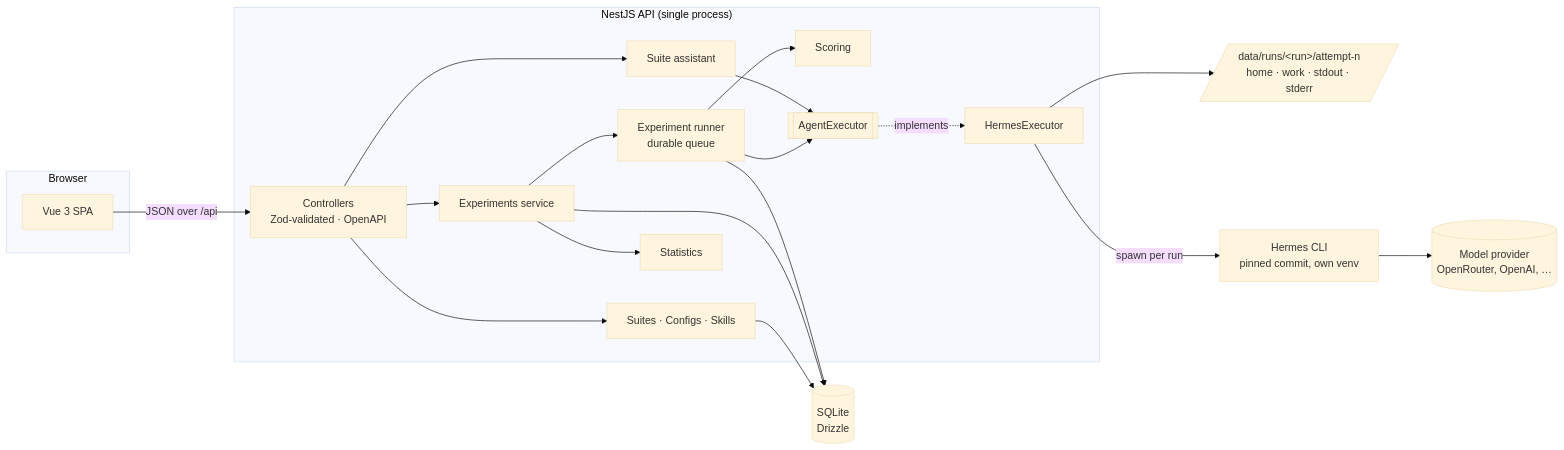
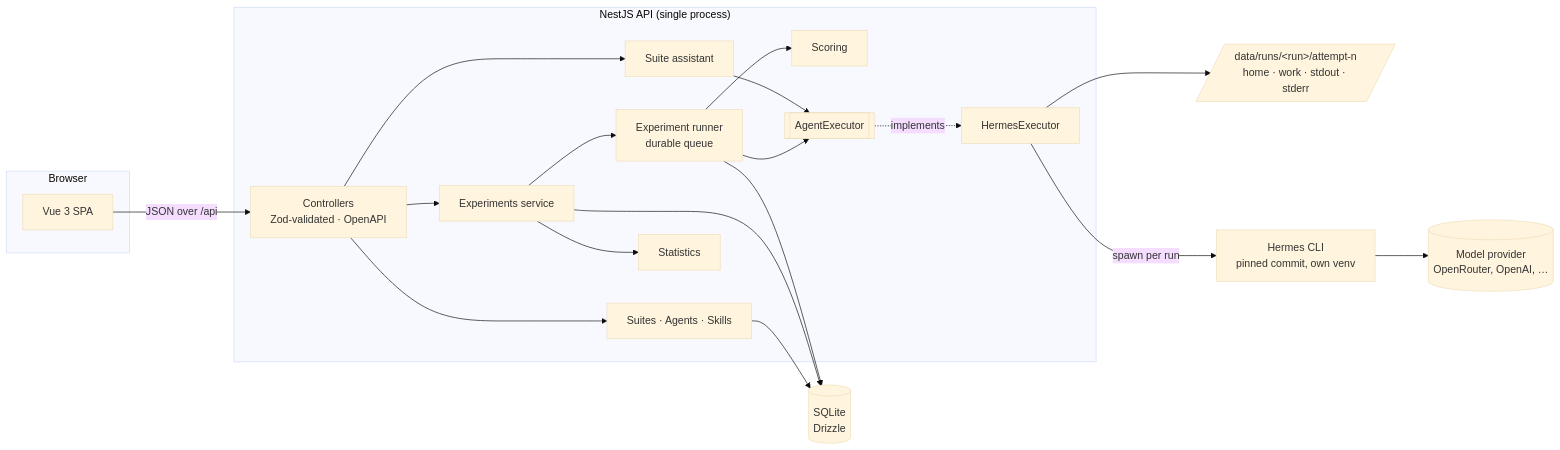
One commit to SahilChoudhary22/higheval changed the first of 2 diagrams in docs/design.md. Above: the diagram before and after it, drawn with Mermaid (base theme). The commit also changed 13 other files, not shown here.

````diff
--- a/docs/design.md
+++ b/docs/design.md
@@ -9,34 +9,34 @@
 ```mermaid
 flowchart LR
   subgraph Browser
     W[Vue 3 SPA]
   end
   subgraph API["NestJS API (single process)"]
     C[Controllers<br/>Zod-validated · OpenAPI]
-    S[Suites · Configs · Skills]
+    S[Suites · Agents · Skills]
     A[Suite assistant]
     X[Experiments service]
     R[Experiment runner<br/>durable queue]
     SC[Scoring]
     ST[Statistics]
     E[[AgentExecutor]]
     H[HermesExecutor]
   end
   DB[(SQLite<br/>Drizzle)]
   FS[/data/runs/&lt;run&gt;/attempt-n<br/>home · work · stdout · stderr/]
   HM[Hermes CLI<br/>pinned commit, own venv]
   OR[(Model provider<br/>OpenRouter, OpenAI, …)]
 
   W -- JSON over /api --> C
   C --> S & X & A
   X --> R
   R --> E
   A --> E
   E -.implements.-> H
   H -- spawn per run --> HM
   HM --> OR
   H --> FS
   R --> SC
   X --> ST
   S & X & R --> DB
 ```
````
